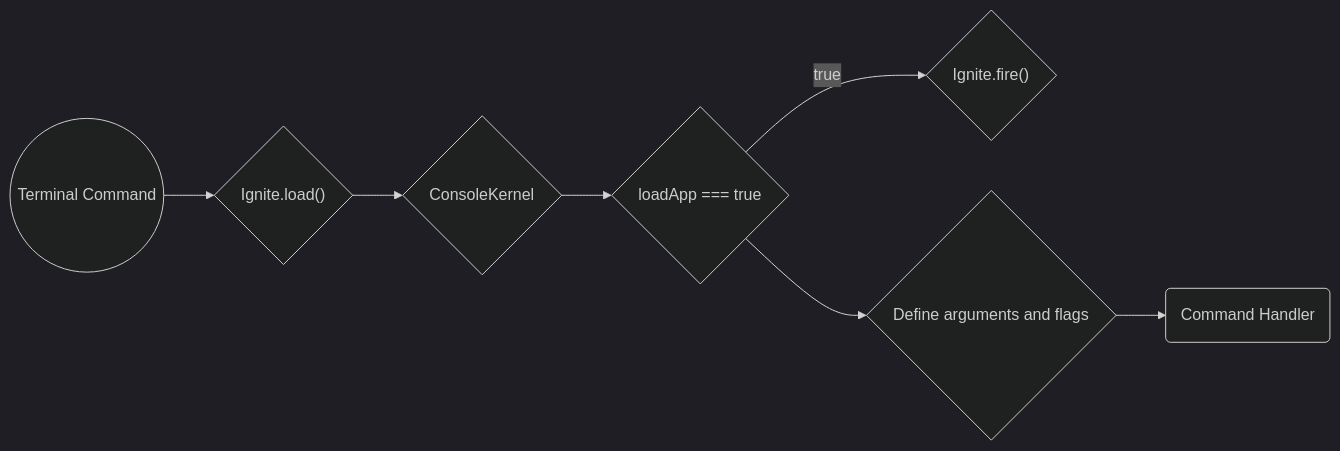
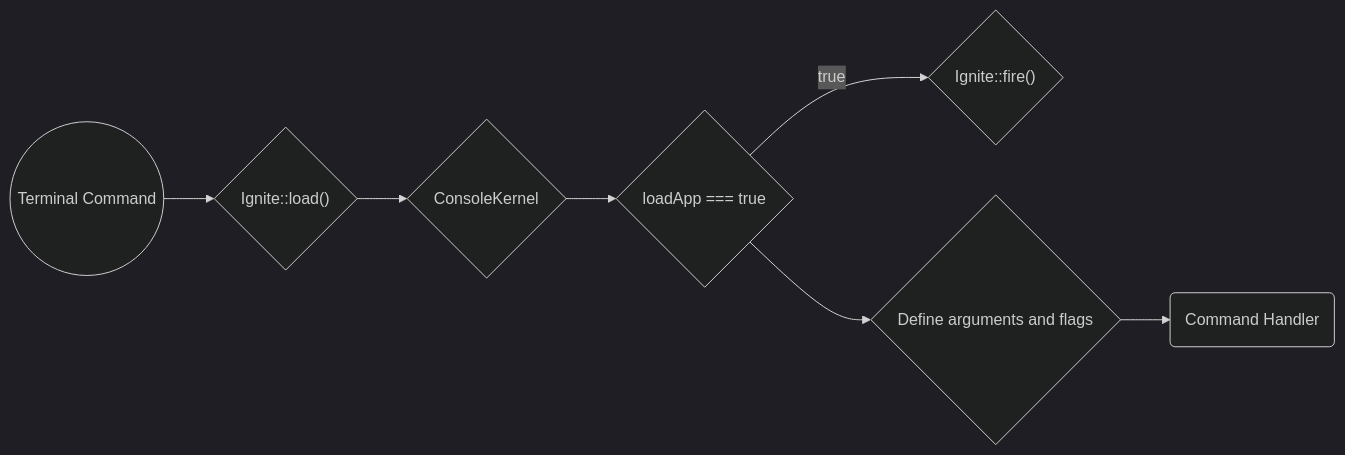
The fourth of 5 diagrams in docs/architecture-concepts/application-lifecycle.mdx (AthennaIO/Docs), drawn with Mermaid (dark theme) before and after one commit. The commit also changed other lines of this file and 19 other files, not shown here.

````diff
--- a/docs/architecture-concepts/application-lifecycle.mdx
+++ b/docs/architecture-concepts/application-lifecycle.mdx
@@ -318,17 +319,17 @@
 ```mermaid
 flowchart LR
     terminalCommand(("Terminal Command"))
-    igniteLoad{"Ignite.load()"}
+    igniteLoad{"Ignite::load()"}
     consoleKernel{"ConsoleKernel"}
     loadAppEqualsTrue{"loadApp === true"}
-    igniteFire{"Ignite.fire()"}
+    igniteFire{"Ignite::fire()"}
     defineArgsAndFlags{"Define arguments and flags"}
     commandHandler("Command Handler")
 
     terminalCommand --> igniteLoad
     igniteLoad --> consoleKernel
     consoleKernel --> loadAppEqualsTrue
     loadAppEqualsTrue -- true --> igniteFire
     loadAppEqualsTrue --> defineArgsAndFlags
     defineArgsAndFlags --> commandHandler
 ```
````
